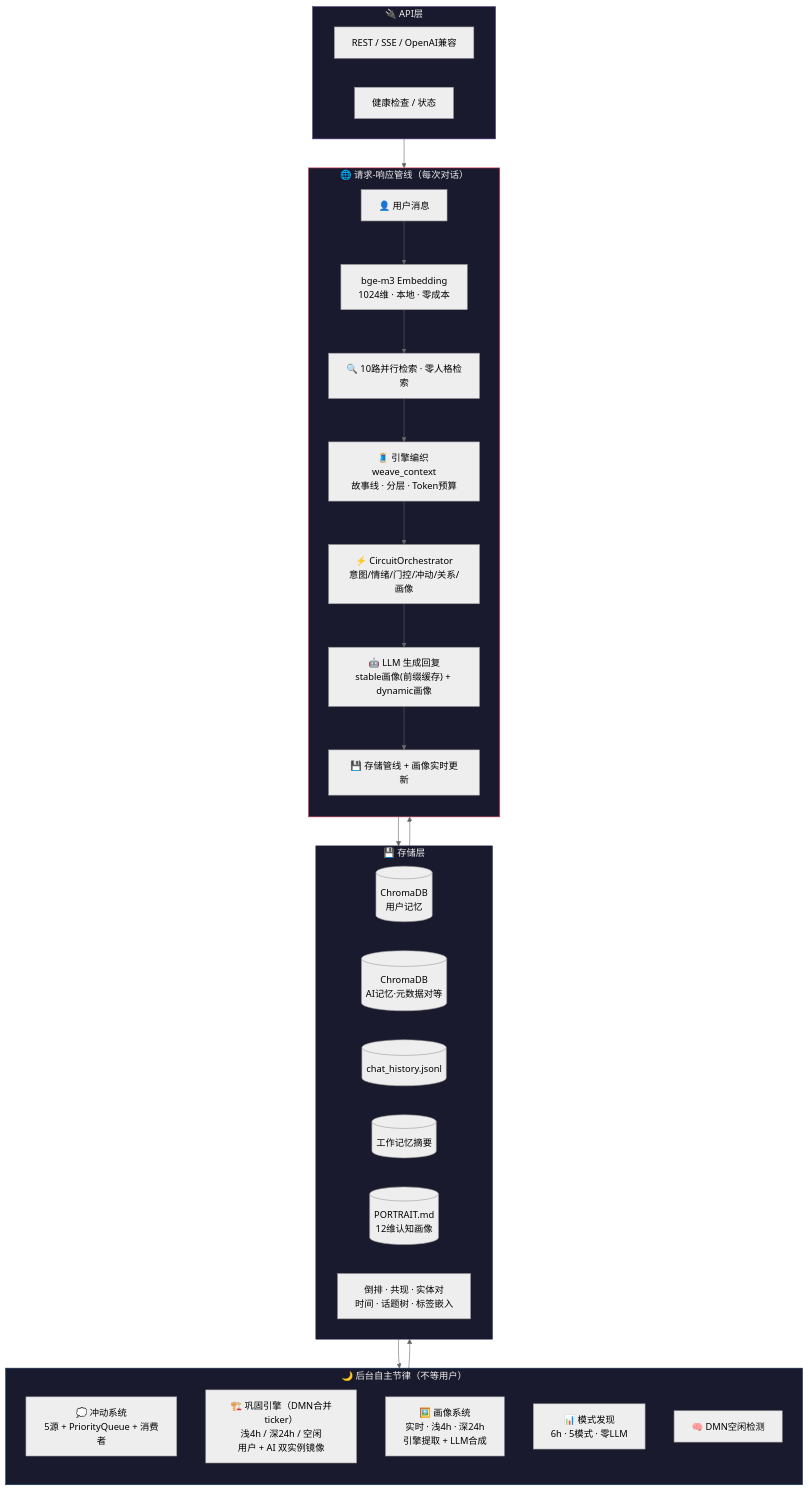
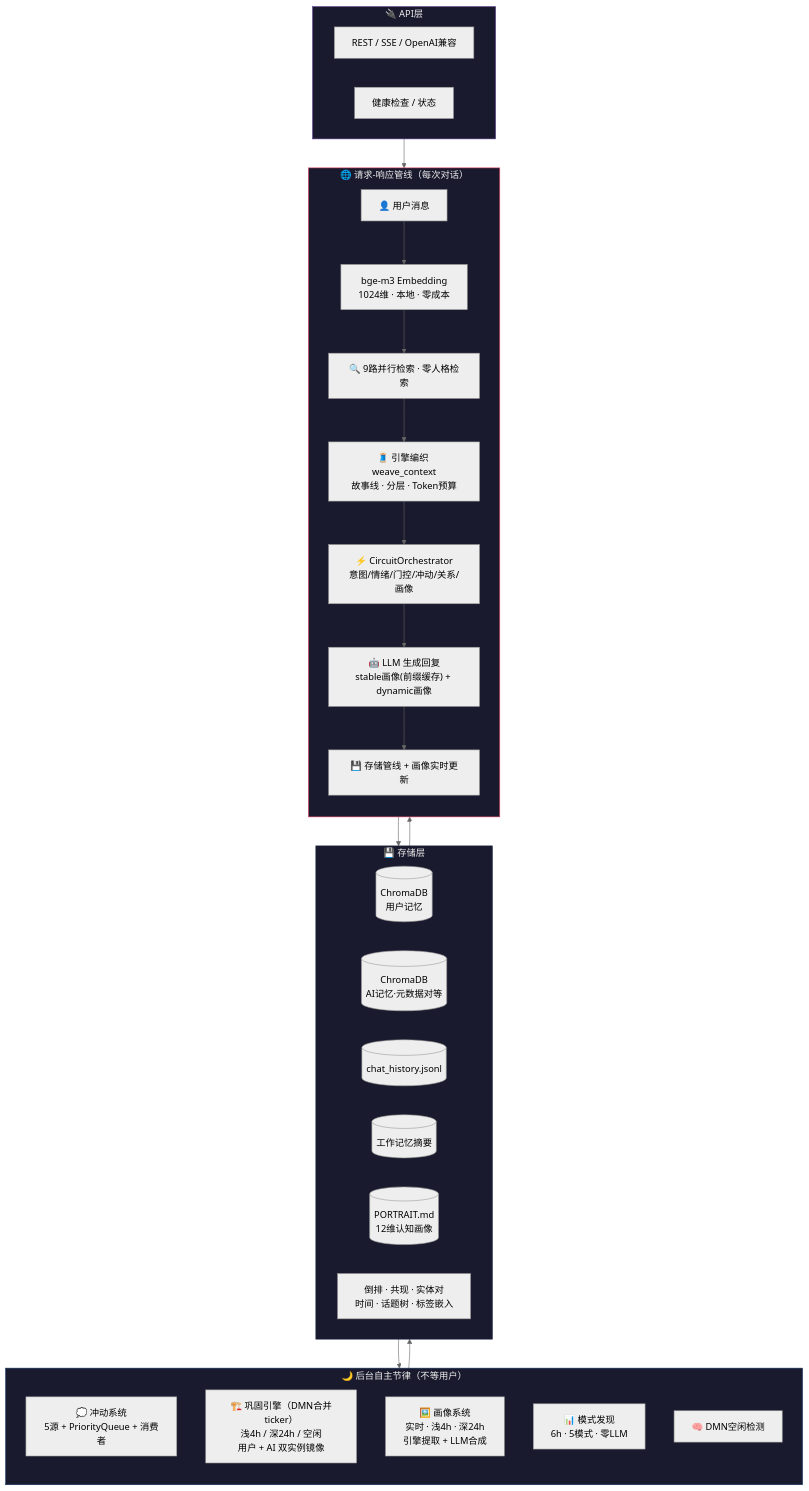
One commit to 834063245-creator/-First-beat.CH-MemorySystem changed the first of 11 diagrams in ARCHITECTURE_DIAGRAM.md. Above: the diagram before and after it, drawn with Mermaid (neutral theme). The commit also changed other lines of this file and 15 other files, not shown here.

````diff
--- a/ARCHITECTURE_DIAGRAM.md
+++ b/ARCHITECTURE_DIAGRAM.md
@@ -10,48 +10,48 @@
 ```mermaid
 flowchart TB
     subgraph ONLINE["🌐 请求-响应管线（每次对话）"]
         direction TB
         USER["👤 用户消息"]
         EMBED["bge-m3 Embedding<br/>1024维 · 本地 · 零成本"]
-        RETRIEVE["🔍 10路并行检索 · 零人格检索"]
+        RETRIEVE["🔍 9路并行检索 · 零人格检索"]
         WEAVE["🧵 引擎编织 weave_context<br/>故事线 · 分层 · Token预算"]
         CIRCUIT["⚡ CircuitOrchestrator<br/>意图/情绪/门控/冲动/关系/画像"]
         LLM_GEN["🤖 LLM 生成回复<br/>stable画像(前缀缓存) + dynamic画像"]
         STORE["💾 存储管线 + 画像实时更新"]
         USER --> EMBED --> RETRIEVE --> WEAVE --> CIRCUIT --> LLM_GEN --> STORE
     end
 
     subgraph OFFLINE["🌙 后台自主节律（不等用户）"]
         direction TB
         IMPULSE["💭 冲动系统<br/>5源 + PriorityQueue + 消费者"]
         CONSOL["🏗️ 巩固引擎（DMN合并ticker）<br/>浅4h / 深24h / 空闲<br/>用户 + AI 双实例镜像"]
         PORTRAIT_BG["🖼️ 画像系统<br/>实时 · 浅4h · 深24h<br/>引擎提取 + LLM合成"]
         PATTERN["📊 模式发现<br/>6h · 5模式 · 零LLM"]
         DMN["🧠 DMN空闲检测"]
     end
 
     subgraph STORAGE_LAYER["💾 存储层"]
         CHROMA[("ChromaDB<br/>用户记忆")]
         AI_CHROMA[("ChromaDB<br/>AI记忆·元数据对等")]
         CHAT_HISTORY[("chat_history.jsonl")]
         WM[("工作记忆摘要")]
         PORTRAIT_MD[("PORTRAIT.md<br/>12维认知画像")]
         INDEXES["倒排 · 共现 · 实体对<br/>时间 · 话题树 · 标签嵌入"]
     end
 
     subgraph API_LAYER["🔌 API层"]
         REST["REST / SSE / OpenAI兼容"]
         HEALTH["健康检查 / 状态"]
     end
 
     ONLINE --> STORAGE_LAYER
     OFFLINE --> STORAGE_LAYER
     STORAGE_LAYER --> ONLINE
     STORAGE_LAYER --> OFFLINE
     API_LAYER --> ONLINE
 
     style ONLINE fill:#1a1a2e,stroke:#e94560,color:#eee
     style OFFLINE fill:#1a1a2e,stroke:#0f3460,color:#eee
     style STORAGE_LAYER fill:#1a1a2e,stroke:#16213e,color:#eee
     style API_LAYER fill:#1a1a2e,stroke:#533483,color:#eee
 ```
````
